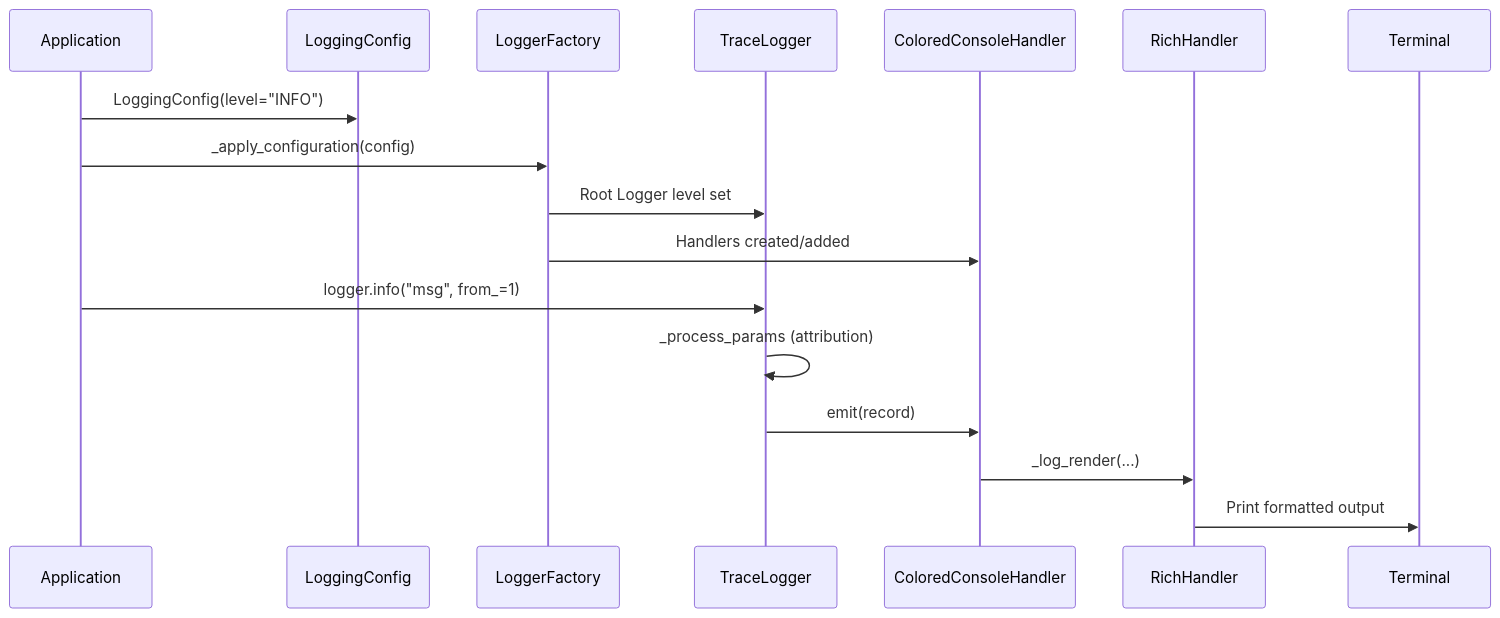
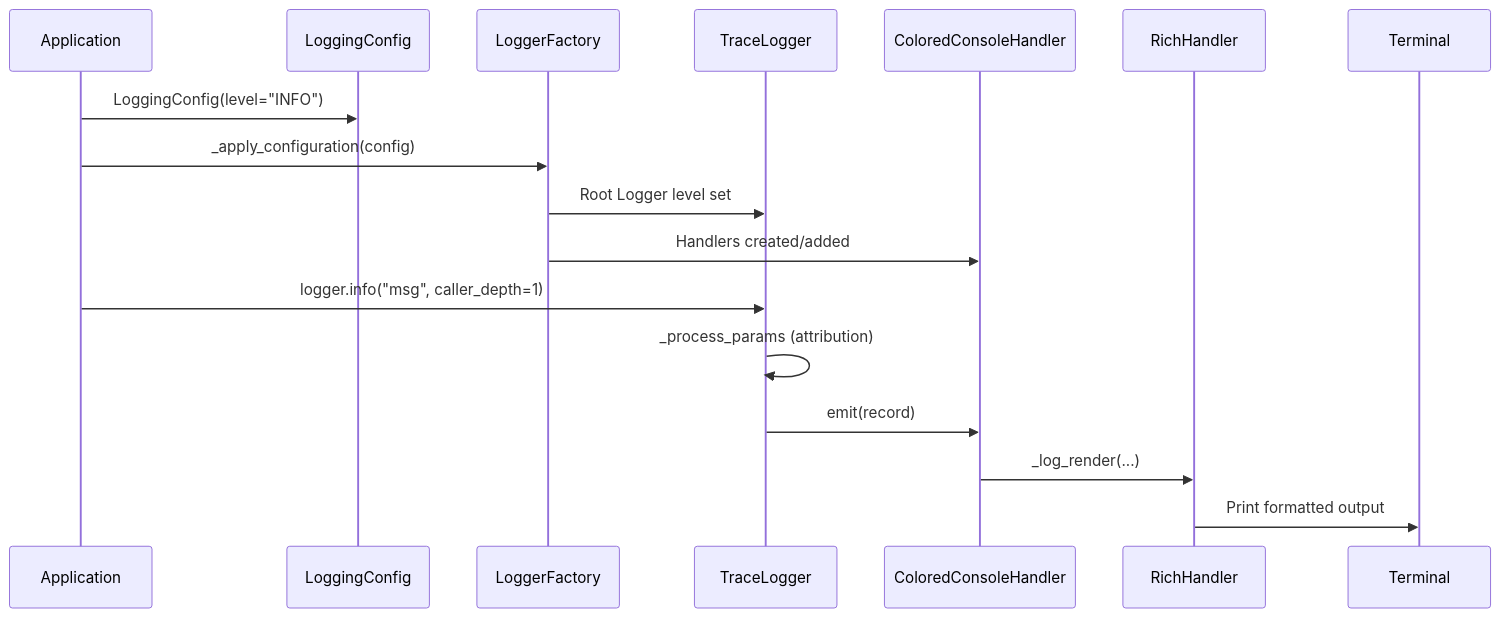
The fourth of 8 diagrams in docs/ARCHITECTURE.md (antragh/arlogi), drawn with Mermaid before and after one commit. The commit also changed other lines of this file and 25 other files, not shown here.

````diff
--- a/docs/ARCHITECTURE.md
+++ b/docs/ARCHITECTURE.md
@@ -143,20 +143,20 @@
 ```mermaid
 sequenceDiagram
     participant App as Application
     participant Config as LoggingConfig
     participant Factory as LoggerFactory
     participant Logger as TraceLogger
     participant Handler as ColoredConsoleHandler
     participant Rich as RichHandler
     participant Console as Terminal
 
     App->>Config: LoggingConfig(level="INFO")
     App->>Factory: _apply_configuration(config)
     Factory->>Logger: Root Logger level set
     Factory->>Handler: Handlers created/added
-    App->>Logger: logger.info("msg", from_=1)
+    App->>Logger: logger.info("msg", caller_depth=1)
     Logger->>Logger: _process_params (attribution)
     Logger->>Handler: emit(record)
     Handler->>Rich: _log_render(...)
     Rich->>Console: Print formatted output
 ```
````
